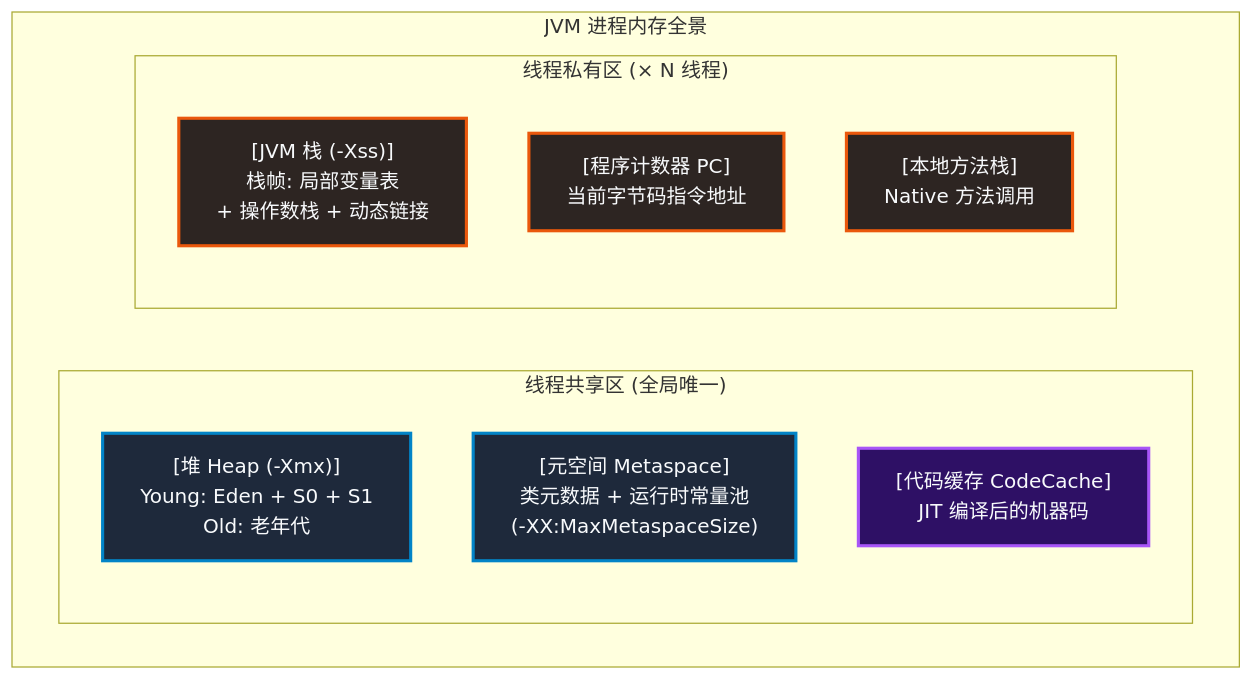
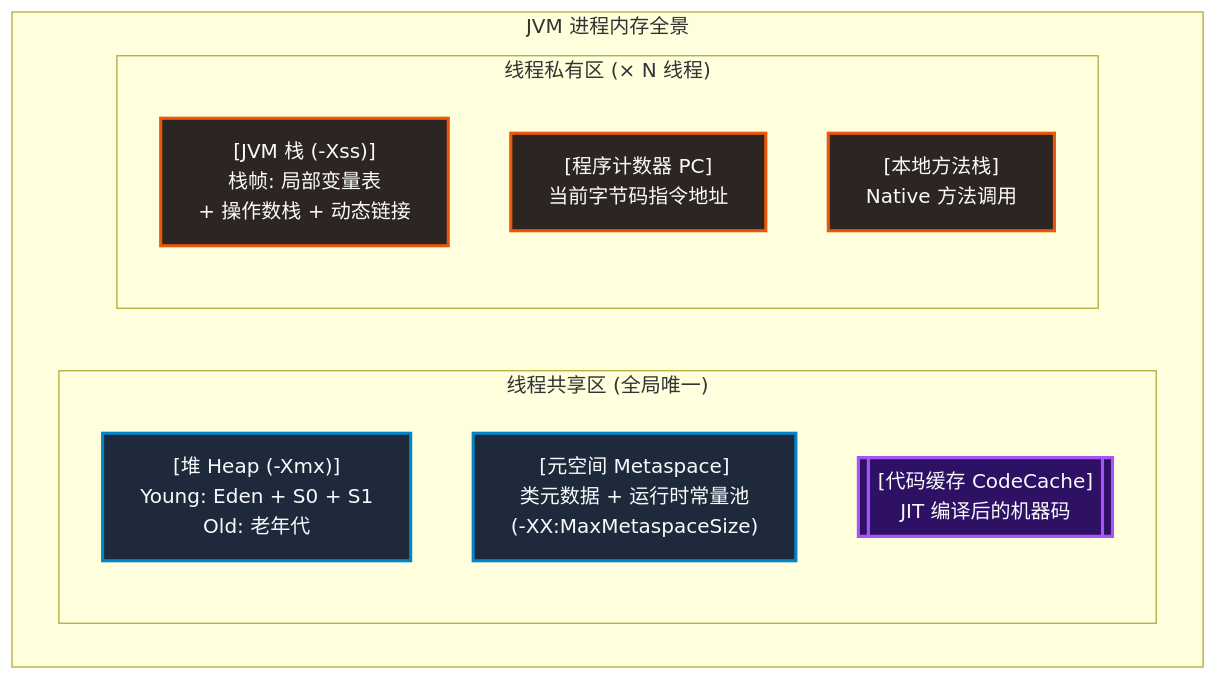
Before and after one commit to yaocat55/yaocat55.github.io: the first of 8 diagrams in content/posts/go/GoRuntimeJVM.md, drawn with Mermaid. The commit also changed other lines of this file and 14 other files, not shown here.

````diff
--- a/content/posts/go/GoRuntimeJVM.md
+++ b/content/posts/go/GoRuntimeJVM.md
@@ -54,24 +54,24 @@
 ```mermaid
 flowchart TD
     subgraph JVM["JVM 进程内存全景"]
         subgraph SHARED["线程共享区 (全局唯一)"]
             HEAP["[堆 Heap (-Xmx)]\nYoung: Eden + S0 + S1\nOld: 老年代"]
             META["[元空间 Metaspace]\n类元数据 + 运行时常量池\n(-XX:MaxMetaspaceSize)"]
-            CODE["[代码缓存 CodeCache]\nJIT 编译后的机器码"]
+            CODE[["[代码缓存 CodeCache]\nJIT 编译后的机器码"]]
         end
         subgraph PRIVATE["线程私有区 (× N 线程)"]
             JSTACK["[JVM 栈 (-Xss)]\n栈帧: 局部变量表\n+ 操作数栈 + 动态链接"]
             PC["[程序计数器 PC]\n当前字节码指令地址"]
             NATIVE["[本地方法栈]\nNative 方法调用"]
         end
     end
 
 classDef sharedArea fill:#1e293b,stroke:#0284c7,stroke-width:2.5px,color:#f8fafc;
 classDef privateArea fill:#2d2522,stroke:#ea580c,stroke-width:2.5px,color:#f8fafc;
 classDef coreEngine fill:#2e1065,stroke:#a855f7,stroke-width:2.5px,color:#f8fafc;
 classDef normalProcess fill:#1e1b4b,stroke:#4f46e5,stroke-width:2px,color:#e0e7ff;
 
 class HEAP,META sharedArea;
 class CODE coreEngine;
 class JSTACK,PC,NATIVE privateArea;
 ```
````
